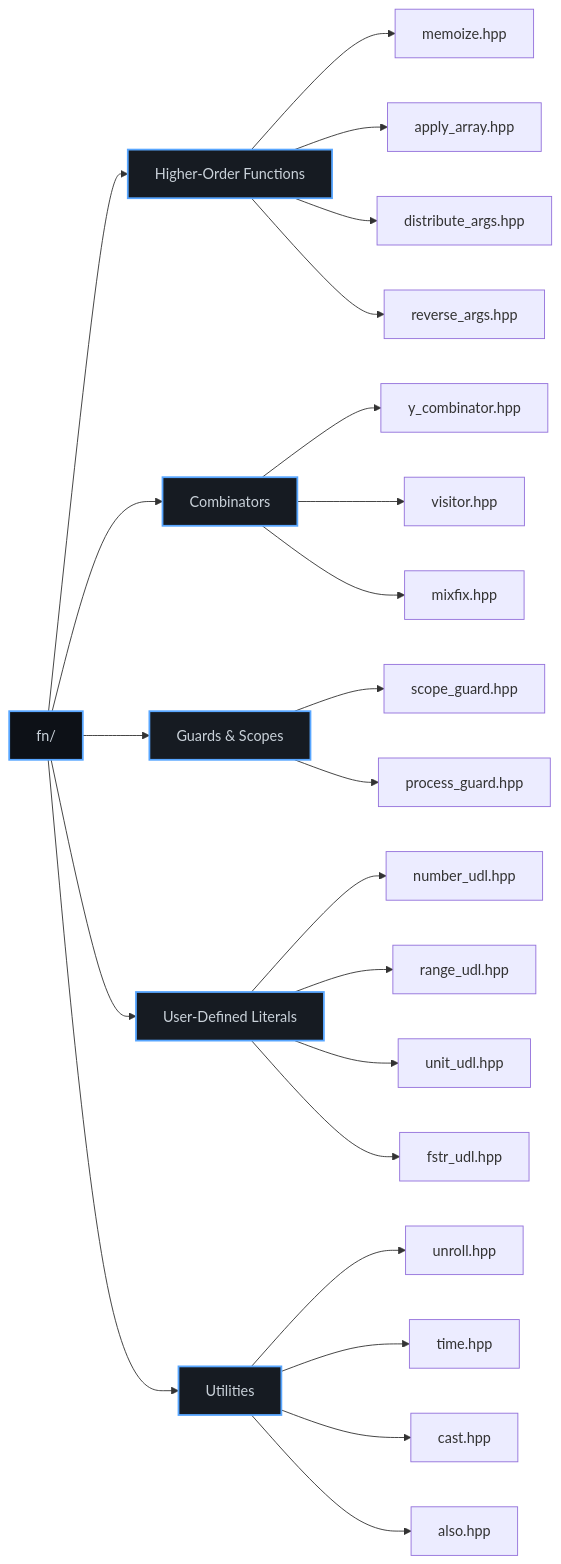
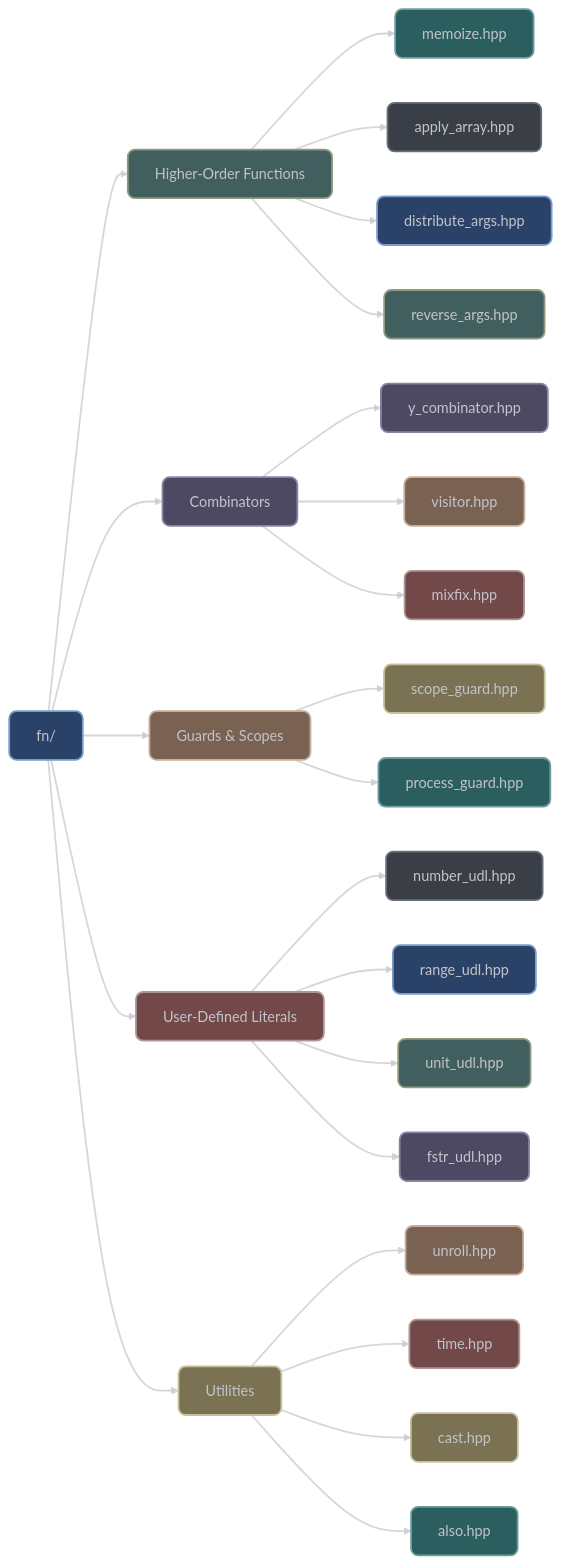
One commit to vorlac/xieite changed the first of 2 diagrams in docs/src/categories/fn/README.md. Above: the diagram before and after it, drawn with Mermaid. The commit also changed other lines of this file and 44 other files, not shown here.

````diff
--- a/docs/src/categories/fn/README.md
+++ b/docs/src/categories/fn/README.md
@@ -7,5 +7,43 @@
 ```mermaid
-graph LR
+---
+config:
+    theme: 'base'
+    curve: 'straight'
+    themeVariables:
+        darkMode: true
+        clusterBkg: '#22272f62'
+        clusterBorder: '#6a6f77ff'
+        clusterTextColor: '#6a6f77ff'
+        lineColor: '#C1C4CAAA'
+        background: '#262B33'
+        primaryColor: '#2b4268ff'
+        primaryTextColor: '#C1C4CAff'
+        primaryBorderColor: '#6a6f77ff'
+        primaryLabelBkg: '#262B33'
+        secondaryColor: '#425f5fff'
+        secondaryBorderColor: '#8c9c81ff'
+        secondaryTextColor: '#C1C4CAff'
+        tertiaryColor: '#4d4962ff'
+        tertiaryBorderColor: '#8983a5ff'
+        tertiaryTextColor: '#eeeeee55'
+        nodeTextColor: '#C1C4CA'
+        defaultLinkColor: '#C1C4CA'
+        edgeLabelBackground: '#262B33'
+        edgeLabelBorderColor: '#C1C4CAff'
+        labelTextColor: '#ffffff'
+        errorBkgColor: '#724848ff'
+        errorTextColor: '#C1C4CA'
+        flowchart:
+            curve: 'basis'
+            nodeSpacing: 50
+            rankSpacing: 50
+            subGraphTitleMargin:
+                top: 15
+                bottom: 15
+                left: 15
+                right: 15
+---
+flowchart LR
     Fn[fn/]
 
     Fn --> HOF[Higher-Order Functions]
@@ -36,10 +74,29 @@
     Utils --> cast[cast.hpp]
     Utils --> also[also.hpp]
 
-    style Fn fill:#0d1117,stroke:#58a6ff,stroke-width:2px,color:#c9d1d9
-    style HOF fill:#161b22,stroke:#58a6ff,stroke-width:2px,color:#c9d1d9
-    style Comb fill:#161b22,stroke:#58a6ff,stroke-width:2px,color:#c9d1d9
-    style Guards fill:#161b22,stroke:#58a6ff,stroke-width:2px,color:#c9d1d9
-    style UDL fill:#161b22,stroke:#58a6ff,stroke-width:2px,color:#c9d1d9
-    style Utils fill:#161b22,stroke:#58a6ff,stroke-width:2px,color:#c9d1d9
+linkStyle default stroke:#C1C4CAaa,stroke-width:2px,color:#C1C4CAaa
+
+style Fn fill:#2b4268ff,stroke:#779DC9ff,stroke-width:2px,color:#C1C4CA,rx:8,ry:8
+style HOF fill:#425f5fff,stroke:#8c9c81ff,stroke-width:2px,color:#C1C4CA,rx:8,ry:8
+style Comb fill:#4d4962ff,stroke:#8983a5ff,stroke-width:2px,color:#C1C4CA,rx:8,ry:8
+style Guards fill:#7a6253ff,stroke:#c7ac9bff,stroke-width:2px,color:#C1C4CA,rx:8,ry:8
+style UDL fill:#724848ff,stroke:#ac9696ff,stroke-width:2px,color:#C1C4CA,rx:8,ry:8
+style Utils fill:#7a7253ff,stroke:#c7c19bff,stroke-width:2px,color:#C1C4CA,rx:8,ry:8
+style memoize fill:#2b5f5fff,stroke:#6d9c9cff,stroke-width:2px,color:#C1C4CA,rx:8,ry:8
+style apply fill:#3a3f47ff,stroke:#6a6f77ff,stroke-width:2px,color:#C1C4CA,rx:8,ry:8
+style distribute fill:#2b4268ff,stroke:#779DC9ff,stroke-width:2px,color:#C1C4CA,rx:8,ry:8
+style reverse fill:#425f5fff,stroke:#8c9c81ff,stroke-width:2px,color:#C1C4CA,rx:8,ry:8
+style y_comb fill:#4d4962ff,stroke:#8983a5ff,stroke-width:2px,color:#C1C4CA,rx:8,ry:8
+style visitor fill:#7a6253ff,stroke:#c7ac9bff,stroke-width:2px,color:#C1C4CA,rx:8,ry:8
+style mixfix fill:#724848ff,stroke:#ac9696ff,stroke-width:2px,color:#C1C4CA,rx:8,ry:8
+style scope fill:#7a7253ff,stroke:#c7c19bff,stroke-width:2px,color:#C1C4CA,rx:8,ry:8
+style process fill:#2b5f5fff,stroke:#6d9c9cff,stroke-width:2px,color:#C1C4CA,rx:8,ry:8
+style number fill:#3a3f47ff,stroke:#6a6f77ff,stroke-width:2px,color:#C1C4CA,rx:8,ry:8
+style range fill:#2b4268ff,stroke:#779DC9ff,stroke-width:2px,color:#C1C4CA,rx:8,ry:8
+style unit fill:#425f5fff,stroke:#8c9c81ff,stroke-width:2px,color:#C1C4CA,rx:8,ry:8
+style fstr fill:#4d4962ff,stroke:#8983a5ff,stroke-width:2px,color:#C1C4CA,rx:8,ry:8
+style unroll fill:#7a6253ff,stroke:#c7ac9bff,stroke-width:2px,color:#C1C4CA,rx:8,ry:8
+style time fill:#724848ff,stroke:#ac9696ff,stroke-width:2px,color:#C1C4CA,rx:8,ry:8
+style cast fill:#7a7253ff,stroke:#c7c19bff,stroke-width:2px,color:#C1C4CA,rx:8,ry:8
+style also fill:#2b5f5fff,stroke:#6d9c9cff,stroke-width:2px,color:#C1C4CA,rx:8,ry:8
 ```
````
